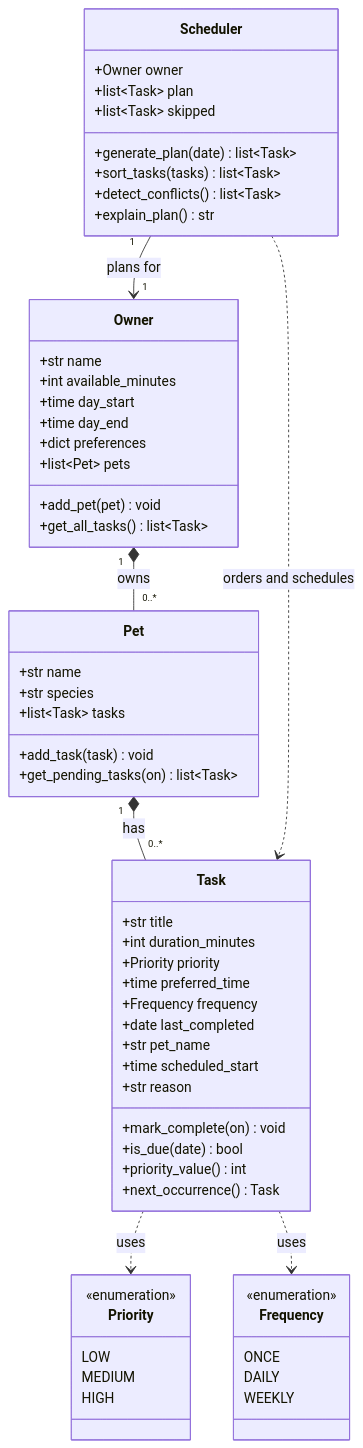
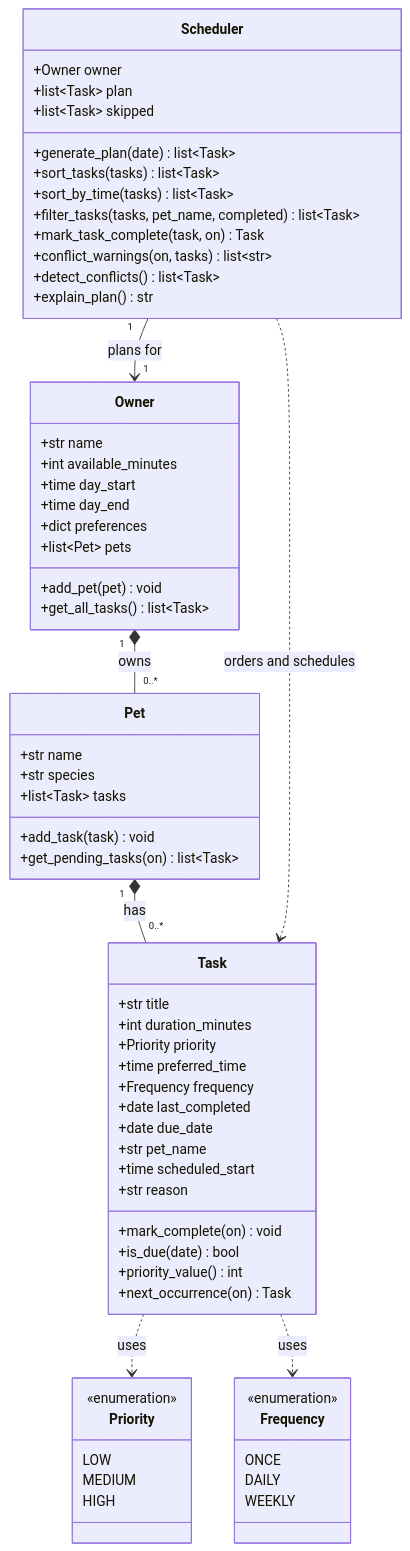
The diagram in diagrams/uml.mmd (JeArthur-wd/pawpal-starter), drawn with Mermaid before and after one commit. The commit also changed 5 other files, not shown here.

```diff
--- a/diagrams/uml.mmd
+++ b/diagrams/uml.mmd
@@ -1,66 +1,71 @@
 classDiagram
     class Owner {
         +str name
         +int available_minutes
         +time day_start
         +time day_end
         +dict preferences
         +list~Pet~ pets
         +add_pet(pet) void
         +get_all_tasks() list~Task~
     }
 
     class Pet {
         +str name
         +str species
         +list~Task~ tasks
         +add_task(task) void
         +get_pending_tasks(on) list~Task~
     }
 
     class Task {
         +str title
         +int duration_minutes
         +Priority priority
         +time preferred_time
         +Frequency frequency
         +date last_completed
+        +date due_date
         +str pet_name
         +time scheduled_start
         +str reason
         +mark_complete(on) void
         +is_due(date) bool
         +priority_value() int
-        +next_occurrence() Task
+        +next_occurrence(on) Task
     }
 
     class Scheduler {
         +Owner owner
         +list~Task~ plan
         +list~Task~ skipped
         +generate_plan(date) list~Task~
         +sort_tasks(tasks) list~Task~
+        +sort_by_time(tasks) list~Task~
+        +filter_tasks(tasks, pet_name, completed) list~Task~
+        +mark_task_complete(task, on) Task
+        +conflict_warnings(on, tasks) list~str~
         +detect_conflicts() list~Task~
         +explain_plan() str
     }
 
     class Priority {
         <<enumeration>>
         LOW
         MEDIUM
         HIGH
     }
 
     class Frequency {
         <<enumeration>>
         ONCE
         DAILY
         WEEKLY
     }
 
     Owner "1" *-- "0..*" Pet : owns
     Pet "1" *-- "0..*" Task : has
     Scheduler "1" --> "1" Owner : plans for
     Scheduler ..> Task : orders and schedules
     Task ..> Priority : uses
     Task ..> Frequency : uses
```
